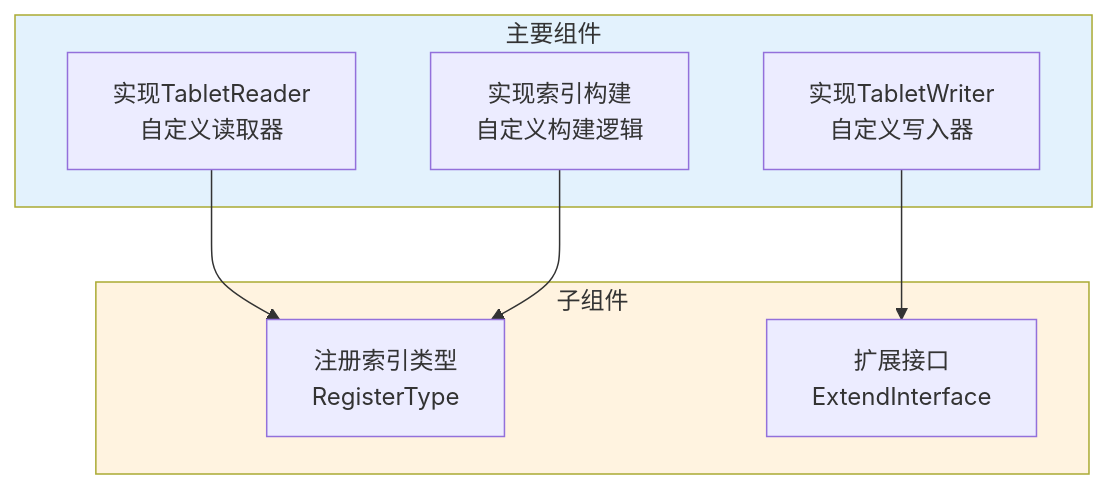
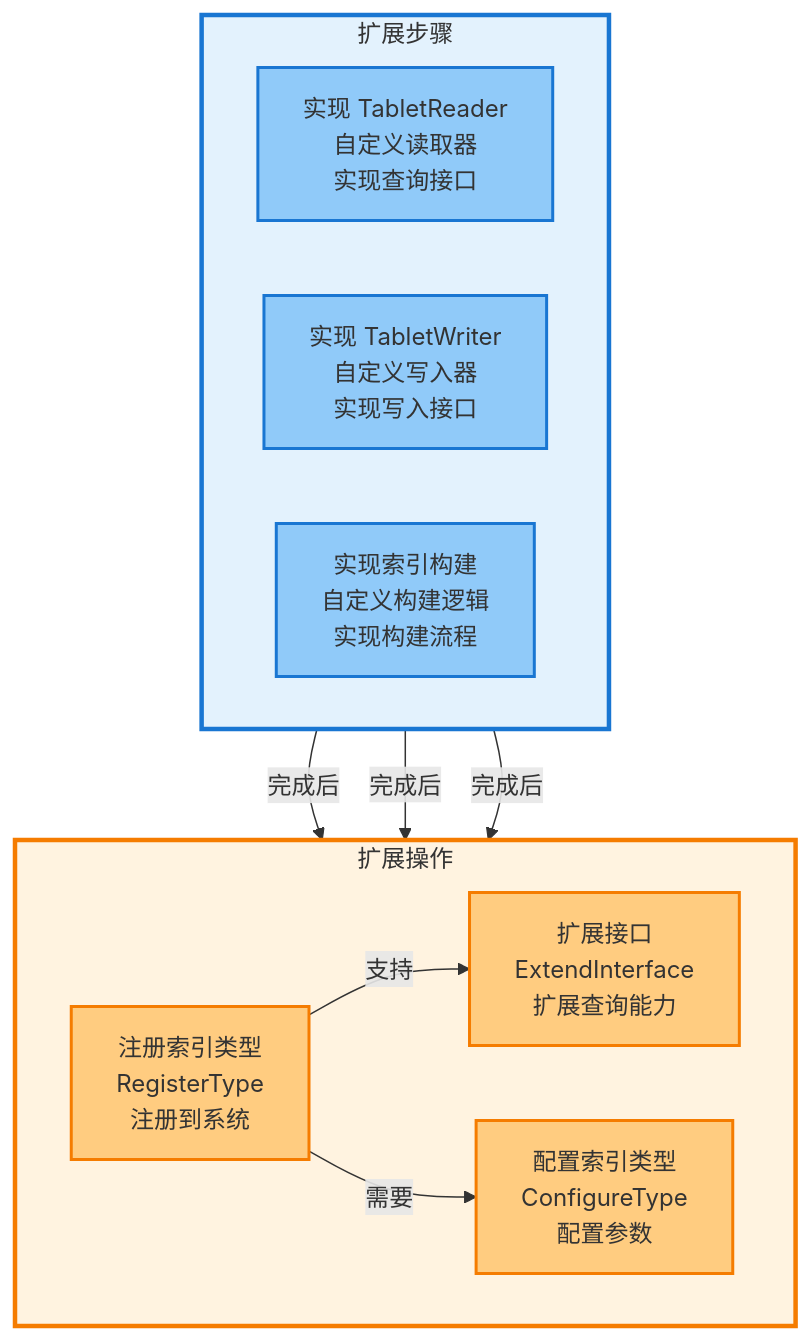
One commit to zhouzhilong-commits/zhouzhilong-commits.github.io changed diagram 24 of 28 in _posts/2025-07-14-indexlib-8-index-types.md. Above: the diagram before and after it, drawn with Mermaid. The commit also changed other lines of this file and 6 other files, not shown here.

````diff
--- a/_posts/2025-07-14-indexlib-8-index-types.md
+++ b/_posts/2025-07-14-indexlib-8-index-types.md
@@ -983,20 +1206,31 @@
 ```mermaid
-flowchart TD
-    subgraph Main["主要组件"]
-        A["实现TabletReader<br/>自定义读取器"]
-        B["实现TabletWriter<br/>自定义写入器"]
-        C["实现索引构建<br/>自定义构建逻辑"]
+flowchart TB
+    subgraph Step["扩展步骤"]
+        direction LR
+        A["实现 TabletReader<br/>自定义读取器<br/>实现查询接口"]
+        B["实现 TabletWriter<br/>自定义写入器<br/>实现写入接口"]
+        C["实现索引构建<br/>自定义构建逻辑<br/>实现构建流程"]
     end
     
-    subgraph Sub["子组件"]
-        D["注册索引类型<br/>RegisterType"]
-        E["扩展接口<br/>ExtendInterface"]
+    subgraph Action["扩展操作"]
+        direction LR
+        D["注册索引类型<br/>RegisterType<br/>注册到系统"]
+        E["扩展接口<br/>ExtendInterface<br/>扩展查询能力"]
+        F["配置索引类型<br/>ConfigureType<br/>配置参数"]
     end
     
-    A --> D
-    B --> E
-    C --> D
+    A -->|完成后| D
+    B -->|完成后| D
+    C -->|完成后| D
+    D -->|支持| E
+    D -->|需要| F
     
-    style Main fill:#e3f2fd
-    style Sub fill:#fff3e0
+    style Step fill:#e3f2fd,stroke:#1976d2,stroke-width:3px
+    style Action fill:#fff3e0,stroke:#f57c00,stroke-width:3px
+    style A fill:#90caf9,stroke:#1976d2,stroke-width:2px
+    style B fill:#90caf9,stroke:#1976d2,stroke-width:2px
+    style C fill:#90caf9,stroke:#1976d2,stroke-width:2px
+    style D fill:#ffcc80,stroke:#f57c00,stroke-width:2px
+    style E fill:#ffcc80,stroke:#f57c00,stroke-width:2px
+    style F fill:#ffcc80,stroke:#f57c00,stroke-width:2px
 ```
````
